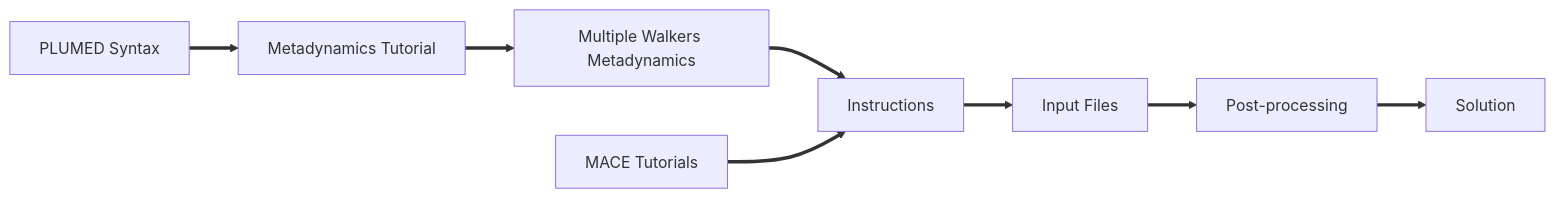
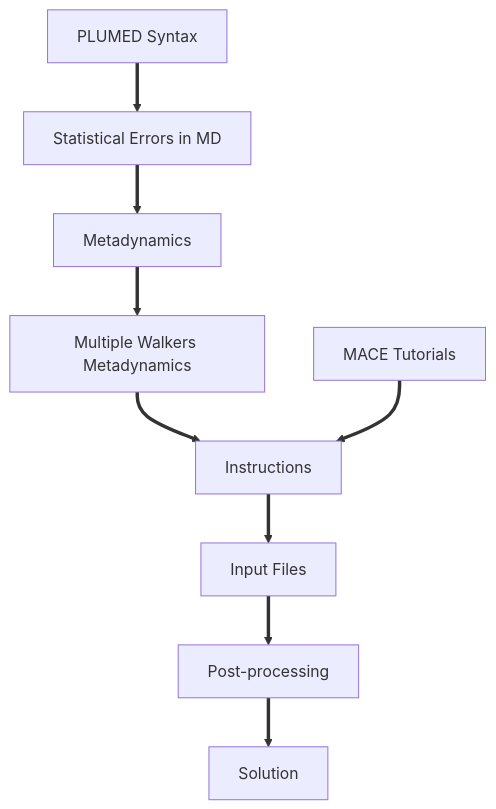
The diagram in NAVIGATION.md (nanotheorygroup/MACE-Multiple-Walkers-Metadynamics-ASE-PLUMED), drawn with Mermaid before and after one commit.

````diff
--- a/NAVIGATION.md
+++ b/NAVIGATION.md
@@ -9,18 +9,20 @@
 ```mermaid
-flowchart LR
-A[PLUMED Syntax] ==> B[Metadynamics Tutorial]
-B ==> C[Multiple Walkers Metadynamics]
-C ==> D[Instructions]
-E[MACE Tutorials] ==> D
-D ==> F[Input Files]
-F ==> G[Post-processing]
-G ==> H[Solution]
+flowchart TD
+A[PLUMED Syntax] ==> B[Statistical Errors in MD]
+B ==> C[Metadynamics]
+C ==> D[Multiple Walkers Metadynamics]
+D ==> F[Instructions]
+E[MACE Tutorials] ==> F
+F ==> G[Input Files]
+G ==> H[Post-processing]
+H ==> I[Solution]
 click A "ref1" "This is a PLUMED masterclass tutorial introducing PLUMED syntax and enhanced sampling"
-click B "ref2" "This is a PLUMED masterclass tutorial performing metadynamics simulations with PLUMED"
-click C "ref3" "The original paper introducing multiple walkers metadynamics"
-click D "ref4" "The instructions of this tutorial exercise"
+click B "ref2" "This is a PLUMED masterclass tutorial on how to handle the statistical errors in MD simulations"
+click C "ref3" "This is a PLUMED masterclass tutorial performing metadynamics simulations with PLUMED"
+click D "ref4" "The original paper introducing multiple walkers metadynamics"
 click E "ref5" "External tutorials on training on a MACE potential by its developer group"
-click F "ref6" "Examples of the input files"
-click G "ref7" "The post-processing and reweighting of the simulations"
-click H "ref8" "The notebook file with the suggested solution"
+click F "README.md" "The instructions of this tutorial exercise"
+click G "INPUTS.md" "Examples of the input files"
+click H "POST_PROCESSING.md" "The post-processing and reweighting of the simulations"
+click I "solution.ipynb" "The notebook file with the suggested solution"
 ```
````
